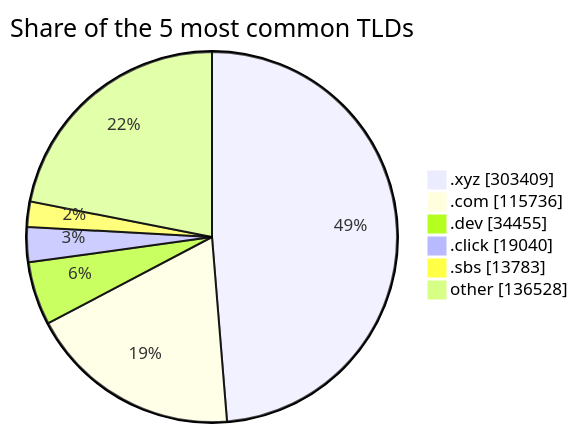
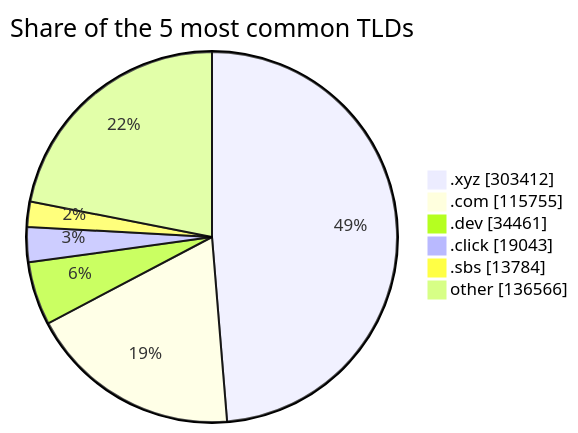
One commit to DNSBunker/CTI changed the third of 3 diagrams in README.md. Above: the diagram before and after it, drawn with Mermaid. The commit also changed other lines of this file and 3 other files, not shown here.

````diff
--- a/README.md
+++ b/README.md
@@ -81,9 +81,9 @@
 ```mermaid
 pie showData title Share of the 5 most common TLDs
-    ".xyz" : 303409
-    ".com" : 115736
-    ".dev" : 34455
-    ".click" : 19040
-    ".sbs" : 13783
-    "other" : 136528
+    ".xyz" : 303412
+    ".com" : 115755
+    ".dev" : 34461
+    ".click" : 19043
+    ".sbs" : 13784
+    "other" : 136566
 ```
````
